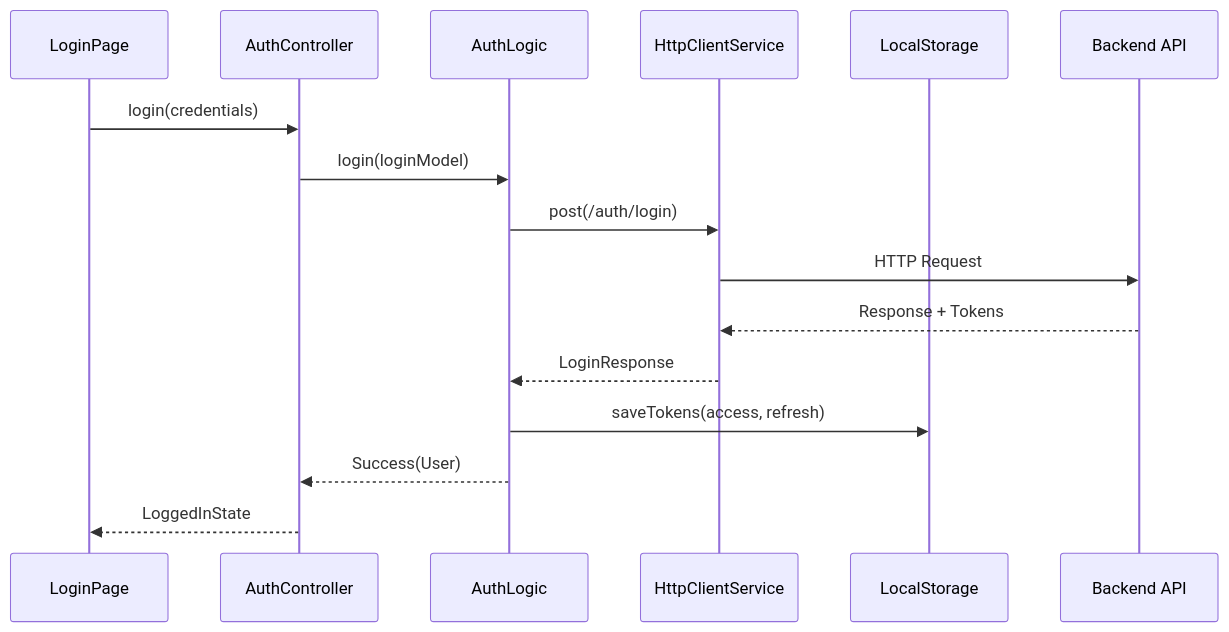
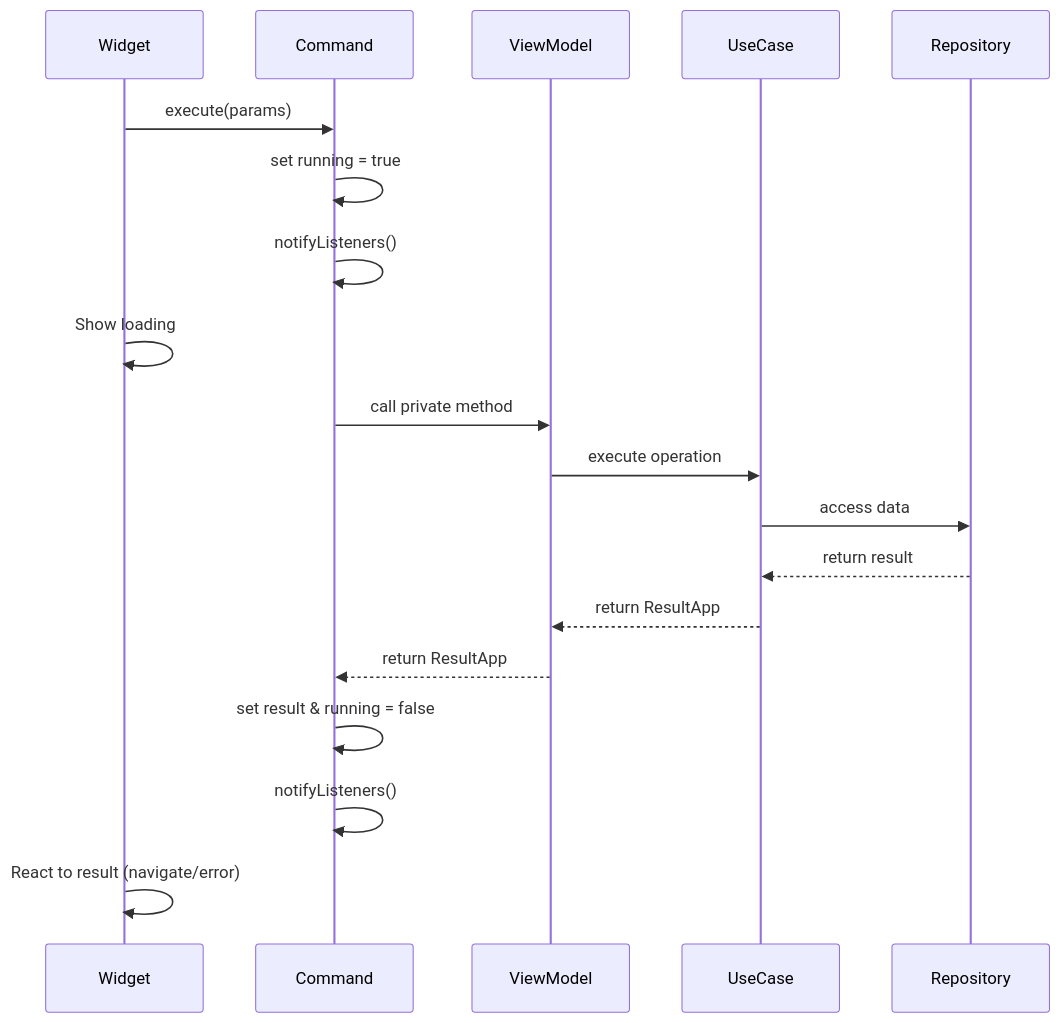
Before and after one commit to LukGaming/app_architecture_ai_driven: the second of 2 diagrams in ARCHITECTURE.md, drawn with Mermaid. The commit also changed other lines of this file, not shown here.

````diff
--- a/ARCHITECTURE.md
+++ b/ARCHITECTURE.md
@@ -252,19 +751,22 @@
 ```mermaid
 sequenceDiagram
-    participant UI as LoginPage
-    participant Controller as AuthController
-    participant Logic as AuthLogic
-    participant Service as HttpClientService
-    participant Storage as LocalStorage
-    participant API as Backend API
-
-    UI->>Controller: login(credentials)
-    Controller->>Logic: login(loginModel)
-    Logic->>Service: post(/auth/login)
-    Service->>API: HTTP Request
-    API-->>Service: Response + Tokens
-    Service-->>Logic: LoginResponse
-    Logic->>Storage: saveTokens(access, refresh)
-    Logic-->>Controller: Success(User)
-    Controller-->>UI: LoggedInState
+    participant UI as Widget
+    participant CMD as Command
+    participant VM as ViewModel
+    participant UC as UseCase
+    participant REPO as Repository
+    
+    UI->>CMD: execute(params)
+    CMD->>CMD: set running = true
+    CMD->>CMD: notifyListeners()
+    UI->>UI: Show loading
+    CMD->>VM: call private method
+    VM->>UC: execute operation
+    UC->>REPO: access data
+    REPO-->>UC: return result
+    UC-->>VM: return ResultApp
+    VM-->>CMD: return ResultApp
+    CMD->>CMD: set result & running = false
+    CMD->>CMD: notifyListeners()
+    UI->>UI: React to result (navigate/error)
 ```
````
